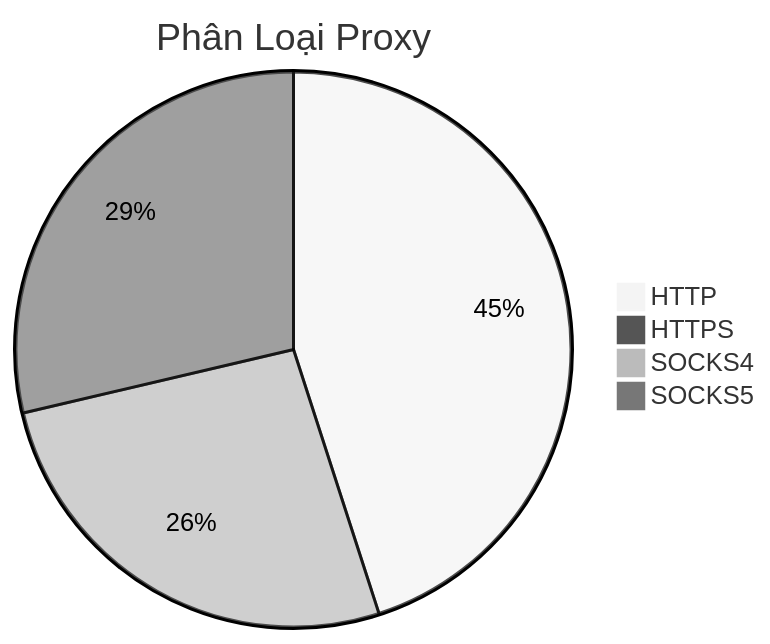
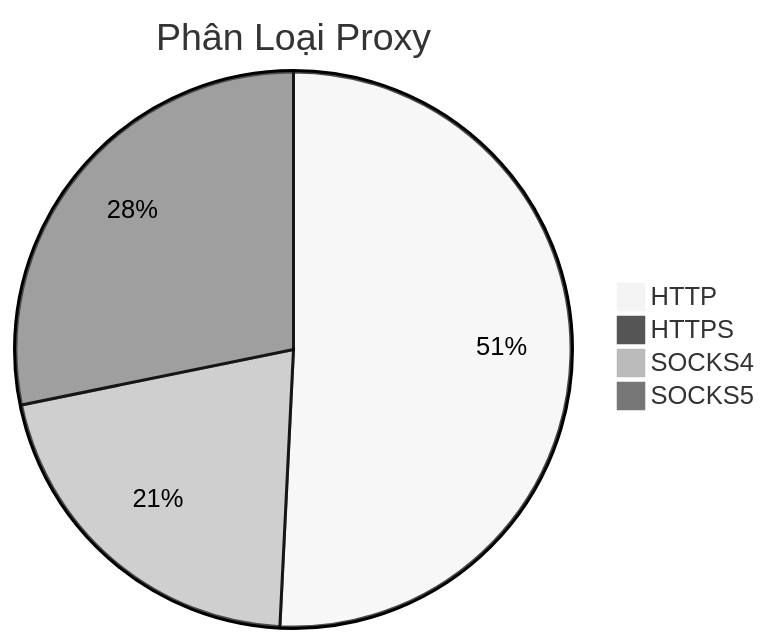
One commit to Ciara-12/PROXY-free changed the diagram in README.md. Above: the diagram before and after it, drawn with Mermaid (neutral theme). The commit also changed other lines of this file and 4 other files, not shown here.

````diff
--- a/README.md
+++ b/README.md
@@ -26,7 +26,7 @@
 ```mermaid
 pie title Phân Loại Proxy
-    "HTTP" : 515
-    "HTTPS" : 4
-    "SOCKS4" : 301
-    "SOCKS5" : 328
+    "HTTP" : 650
+    "HTTPS" : 5
+    "SOCKS4" : 269
+    "SOCKS5" : 361
 ```
````
